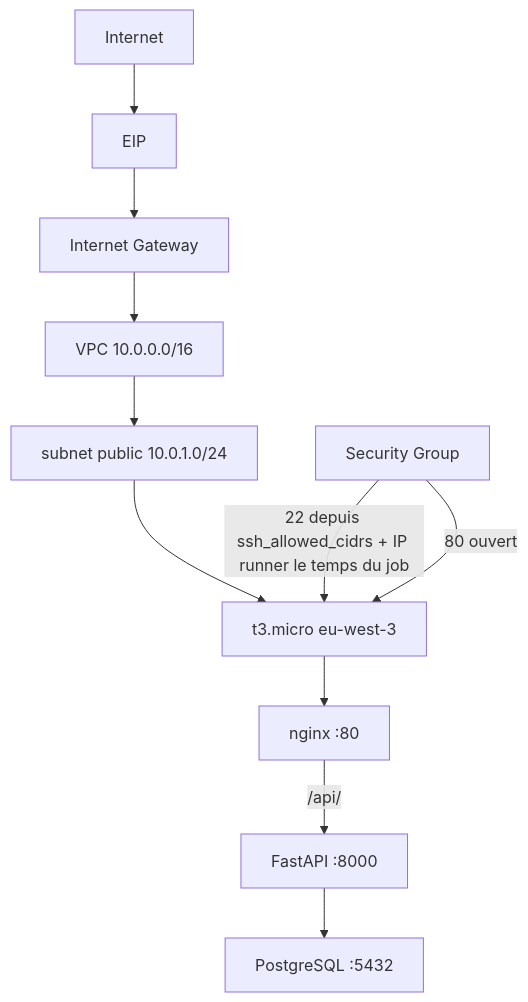
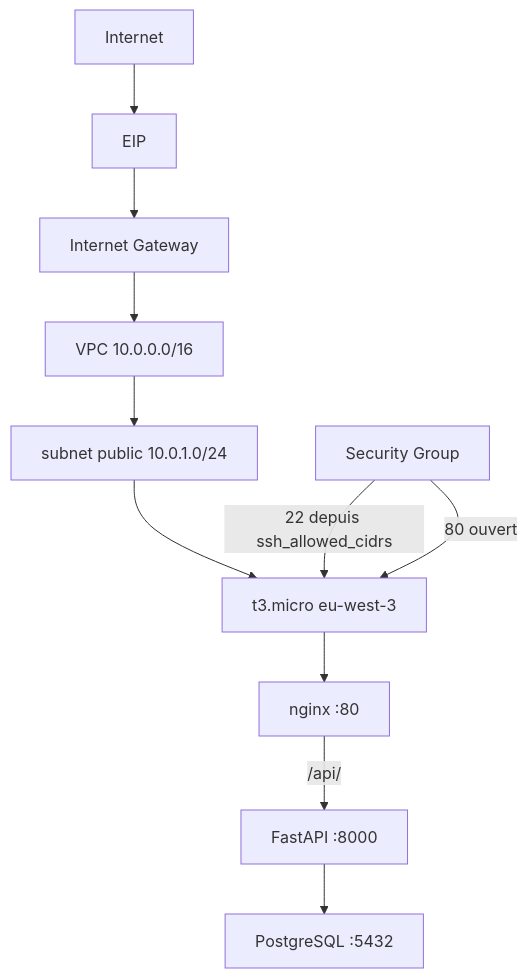
The second of 2 diagrams in README.md (serveur9-1/TECH-DEVOPS), drawn with Mermaid before and after one commit. The commit also changed other lines of this file and 3 other files, not shown here.

````diff
--- a/README.md
+++ b/README.md
@@ -20,14 +20,14 @@
 ```mermaid
 flowchart TB
   Internet --> EIP
   EIP --> IGW[Internet Gateway]
   IGW --> VPC[VPC 10.0.0.0/16]
   VPC --> Subnet[subnet public 10.0.1.0/24]
   Subnet --> EC2[t3.micro eu-west-3]
   SG[Security Group]
-  SG -->|"22 depuis ssh_allowed_cidrs + IP runner le temps du job"| EC2
+  SG -->|"22 depuis ssh_allowed_cidrs"| EC2
   SG -->|"80 ouvert"| EC2
   EC2 --> Nginx[nginx :80]
   Nginx -->|"/api/"| API[FastAPI :8000]
   API --> PG[PostgreSQL :5432]
 ```
````
